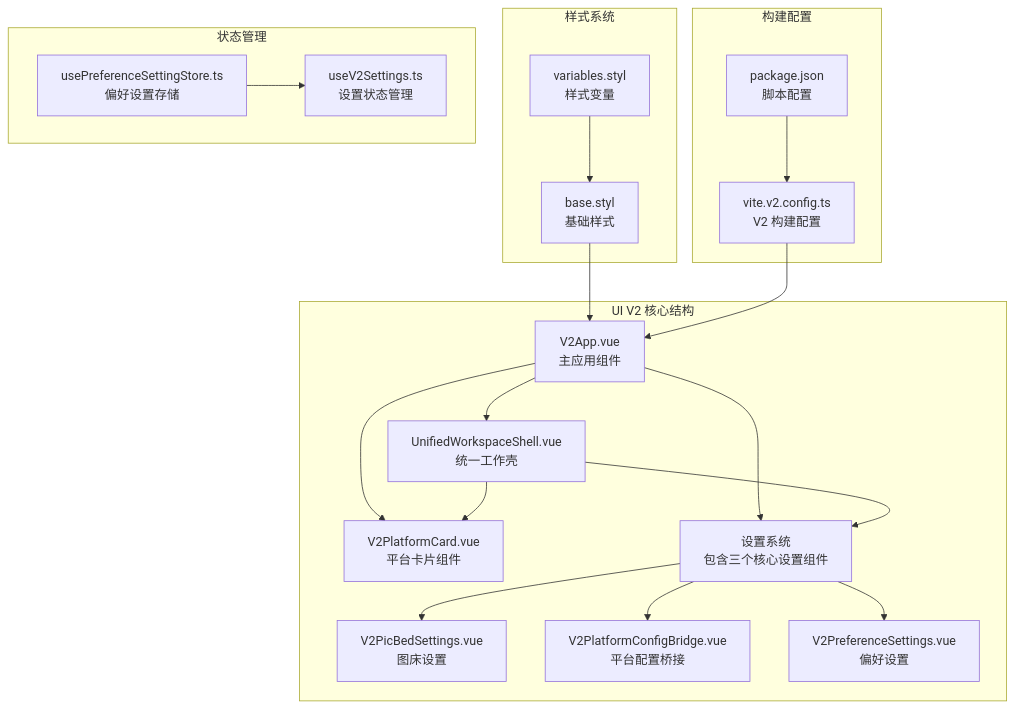
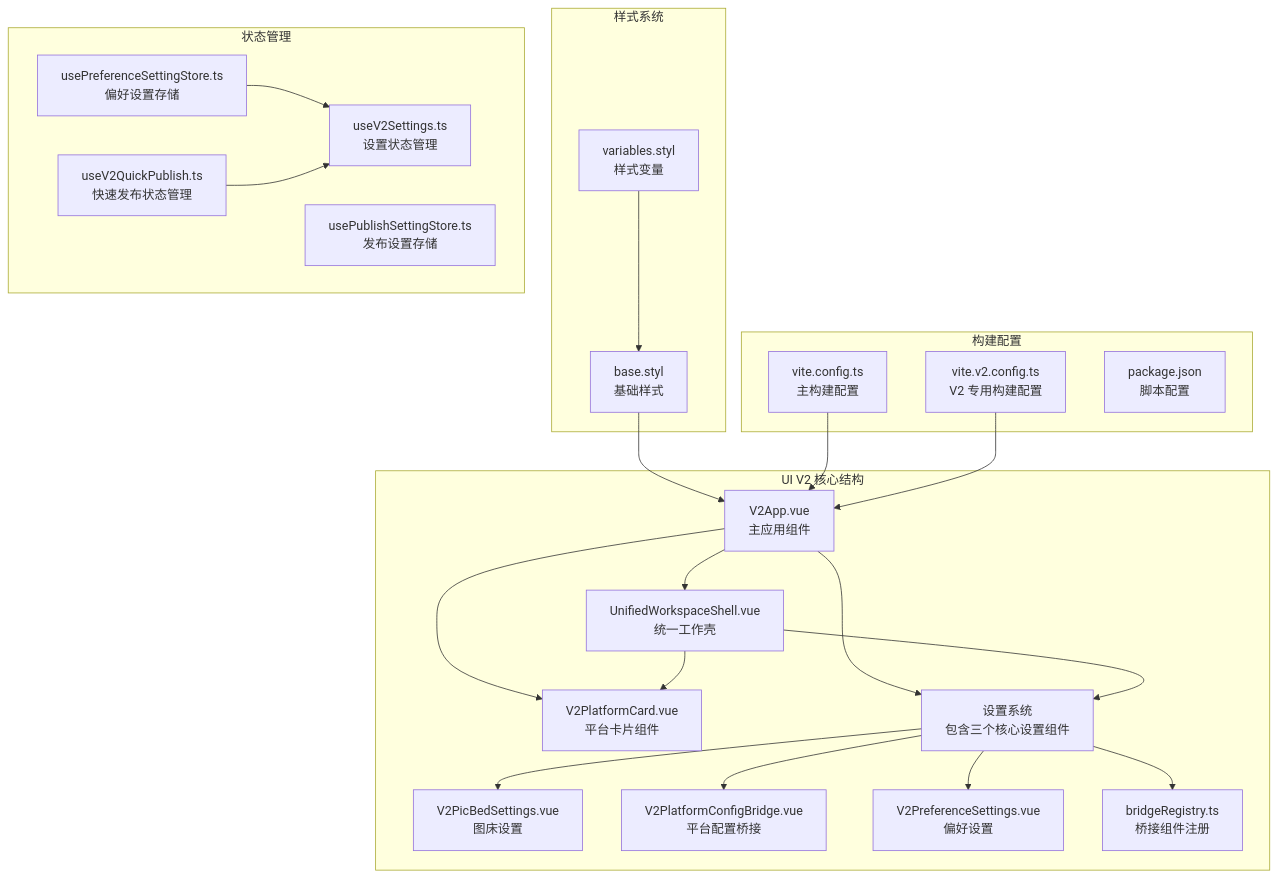
Before and after one commit to terwer/siyuan-plugin-publisher: the first of 12 diagrams in .qoder/repowiki/zh/content/用户界面组件/UI V2 迁移规范.md, drawn with Mermaid. The commit also changed other lines of this file and 6 other files, not shown here.

First line of the commit message:
docs(architecture): clarify and split workspace shell component responsibilities

````diff
--- a/.qoder/repowiki/zh/content/用户界面组件/UI V2 迁移规范.md
+++ b/.qoder/repowiki/zh/content/用户界面组件/UI V2 迁移规范.md
@@ -62,37 +72,43 @@
 ```mermaid
 graph TB
 subgraph "UI V2 核心结构"
 V2App[V2App.vue<br/>主应用组件]
 Shell[UnifiedWorkspaceShell.vue<br/>统一工作壳]
 Cards[V2PlatformCard.vue<br/>平台卡片组件]
 Settings[设置系统<br/>包含三个核心设置组件]
 PicBed[V2PicBedSettings.vue<br/>图床设置]
 PlatformBridge[V2PlatformConfigBridge.vue<br/>平台配置桥接]
 Preference[V2PreferenceSettings.vue<br/>偏好设置]
+Bridge[bridgeRegistry.ts<br/>桥接组件注册]
 end
 subgraph "样式系统"
 BaseStyl[base.styl<br/>基础样式]
 Variables[variables.styl<br/>样式变量]
 end
 subgraph "构建配置"
-ViteConfig[vite.v2.config.ts<br/>V2 构建配置]
+ViteConfig[vite.config.ts<br/>主构建配置]
+ViteV2Config[vite.v2.config.ts<br/>V2 专用构建配置]
 Package[package.json<br/>脚本配置]
 end
 subgraph "状态管理"
 PrefStore[usePreferenceSettingStore.ts<br/>偏好设置存储]
+PublishStore[usePublishSettingStore.ts<br/>发布设置存储]
 SettingsStore[useV2Settings.ts<br/>设置状态管理]
+QuickStore[useV2QuickPublish.ts<br/>快速发布状态管理]
 end
 V2App --> Shell
 V2App --> Cards
 V2App --> Settings
 Shell --> Cards
 Shell --> Settings
 Settings --> PicBed
 Settings --> PlatformBridge
 Settings --> Preference
+Settings --> Bridge
 BaseStyl --> V2App
 Variables --> BaseStyl
 ViteConfig --> V2App
-Package --> ViteConfig
+ViteV2Config --> V2App
 PrefStore --> SettingsStore
+QuickStore --> SettingsStore
 ```
````
